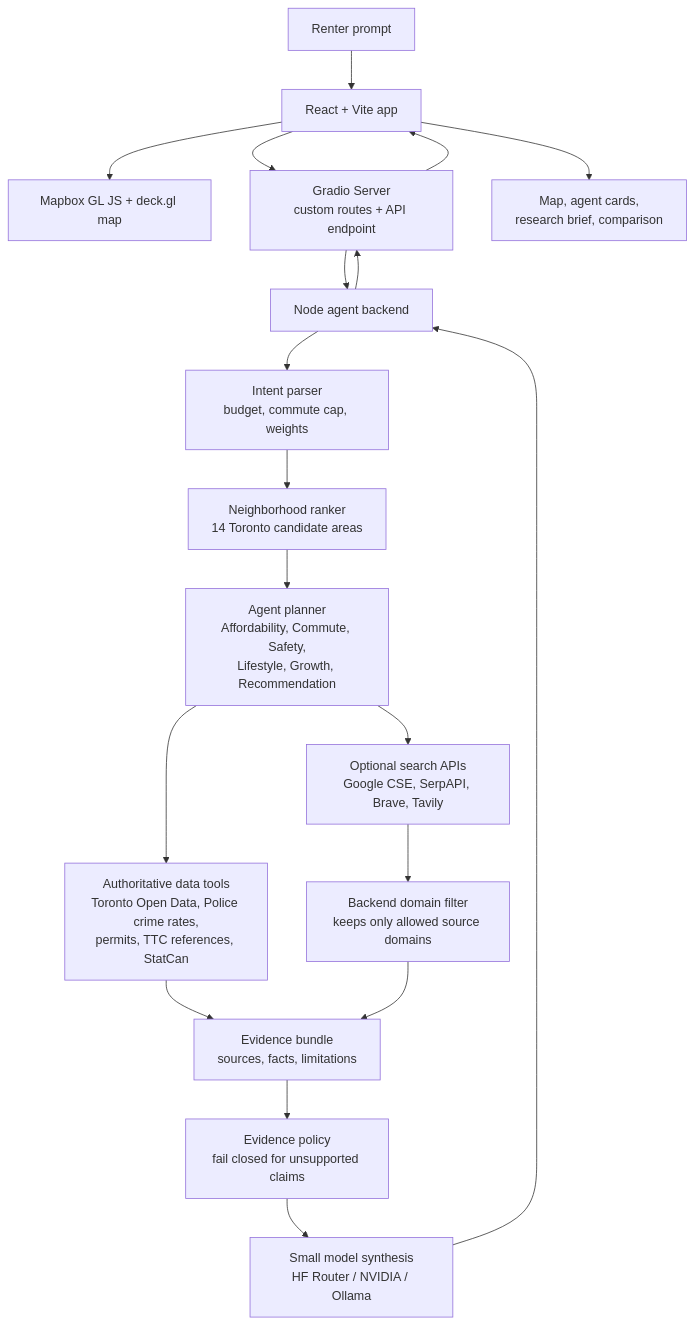
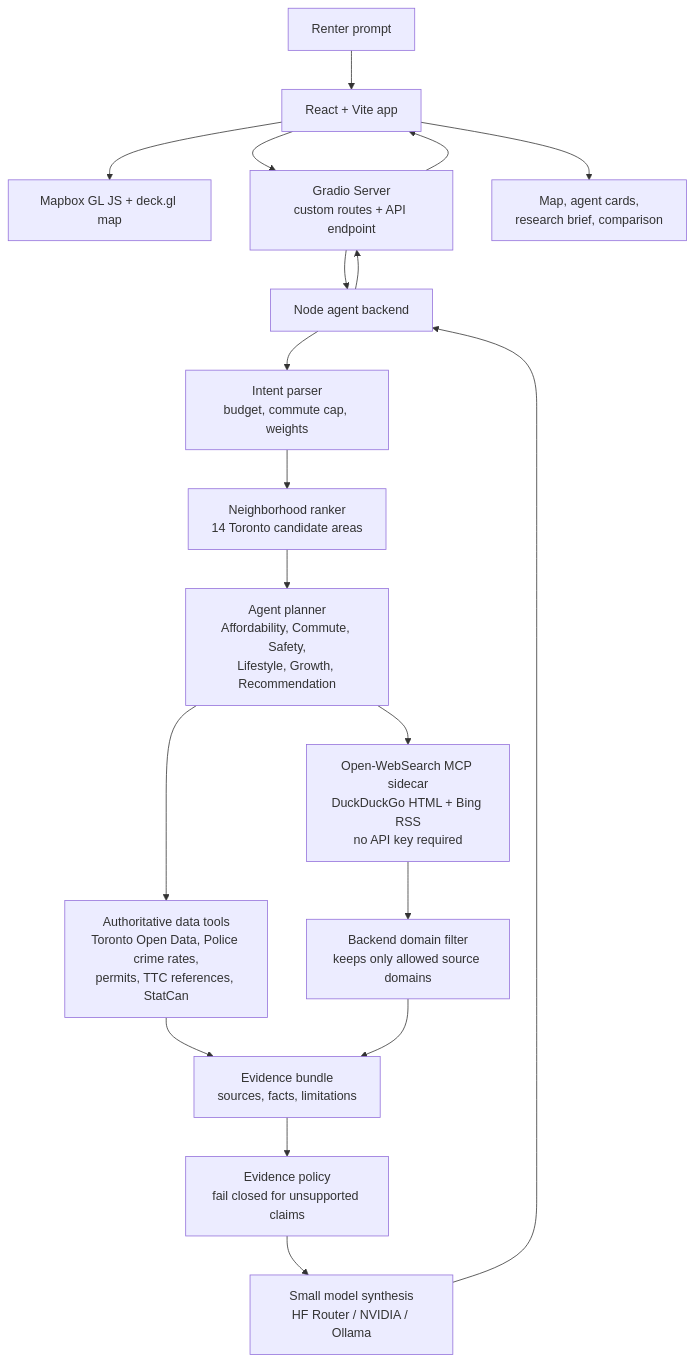
The diagram in README.md (own-path/6ixPulse), drawn with Mermaid before and after one commit. The commit also changed other lines of this file, not shown here.

````diff
--- a/README.md
+++ b/README.md
@@ -58,24 +67,24 @@
 ```mermaid
 flowchart TD
   User["Renter prompt"] --> UI["React + Vite app"]
   UI --> Map["Mapbox GL JS + deck.gl map"]
   UI --> Gradio["Gradio Server\ncustom routes + API endpoint"]
   Gradio --> API["Node agent backend"]
 
   API --> Parser["Intent parser\nbudget, commute cap, weights"]
   Parser --> Ranker["Neighborhood ranker\n14 Toronto candidate areas"]
   Ranker --> Agents["Agent planner\nAffordability, Commute, Safety,\nLifestyle, Growth, Recommendation"]
 
   Agents --> Official["Authoritative data tools\nToronto Open Data, Police crime rates,\npermits, TTC references, StatCan"]
-  Agents --> APIProviders["Optional search APIs\nGoogle CSE, SerpAPI, Brave, Tavily"]
-  APIProviders --> Filter["Backend domain filter\nkeeps only allowed source domains"]
+  Agents --> MCP["Open-WebSearch MCP sidecar\nDuckDuckGo HTML + Bing RSS\nno API key required"]
+  MCP --> Filter["Backend domain filter\nkeeps only allowed source domains"]
   Official --> Evidence["Evidence bundle\nsources, facts, limitations"]
   Filter --> Evidence
 
   Evidence --> Policy["Evidence policy\nfail closed for unsupported claims"]
   Policy --> Model["Small model synthesis\nHF Router / NVIDIA / Ollama"]
   Model --> API
   API --> Gradio
   Gradio --> UI
   UI --> Panels["Map, agent cards,\nresearch brief, comparison"]
 ```
````
